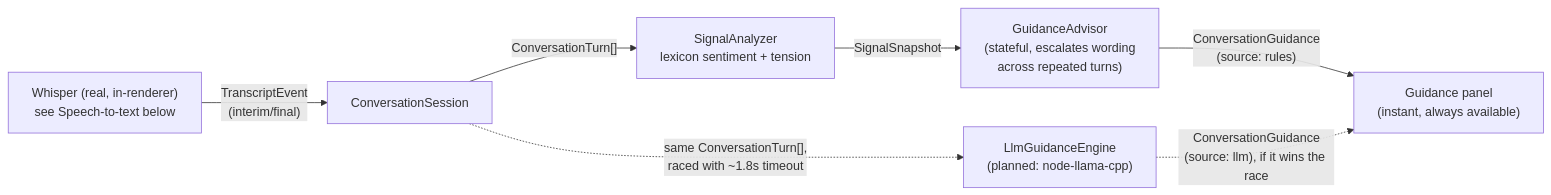
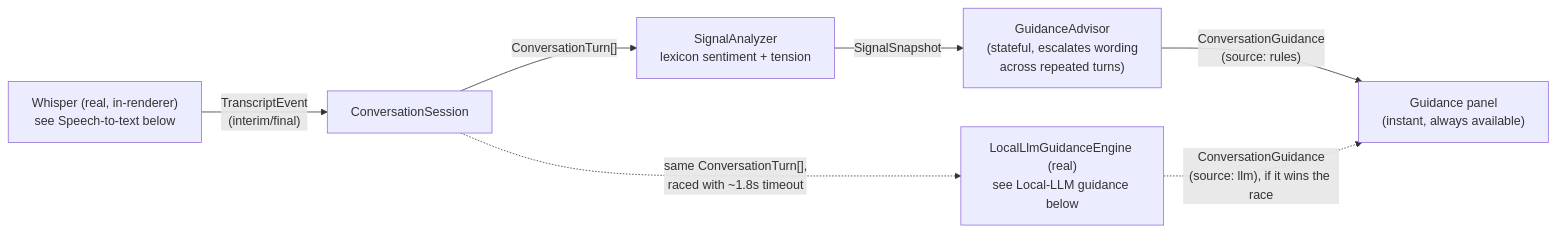
The second of 4 diagrams in ARCHITECTURE.md (pankajads/cue), drawn with Mermaid before and after one commit. The commit also changed other lines of this file and 14 other files, not shown here.

````diff
--- a/ARCHITECTURE.md
+++ b/ARCHITECTURE.md
@@ -35,10 +35,10 @@
 ```mermaid
 flowchart LR
     STT["Whisper (real, in-renderer)<br/>see Speech-to-text below"] -- "TranscriptEvent<br/>(interim/final)" --> Session["ConversationSession"]
     Session -- "ConversationTurn[]" --> Analyzer["SignalAnalyzer<br/>lexicon sentiment + tension"]
     Analyzer -- "SignalSnapshot" --> Advisor["GuidanceAdvisor<br/>(stateful, escalates wording<br/>across repeated turns)"]
     Advisor -- "ConversationGuidance<br/>(source: rules)" --> Panel["Guidance panel<br/>(instant, always available)"]
 
-    Session -. "same ConversationTurn[],<br/>raced with ~1.8s timeout" .-> LLM["LlmGuidanceEngine<br/>(planned: node-llama-cpp)"]
+    Session -. "same ConversationTurn[],<br/>raced with ~1.8s timeout" .-> LLM["LocalLlmGuidanceEngine (real)<br/>see Local-LLM guidance below"]
     LLM -. "ConversationGuidance<br/>(source: llm), if it wins the race" .-> Panel
 ```
````
